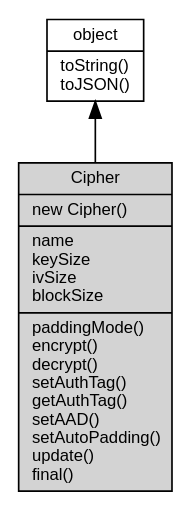
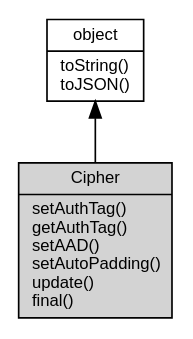
Before and after one commit to fibjs/fibjs.org: the diagram in docs/manual/object/ifs/Cipher.md, drawn with Graphviz. The commit also changed other lines of this file and 58 other files, not shown here.

````diff
--- a/docs/manual/object/ifs/Cipher.md
+++ b/docs/manual/object/ifs/Cipher.md
@@ -48,10 +5,10 @@
 ```dot
 digraph {
     node [fontname="Helvetica,sans-Serif", fontsize=10, shape="record", style="filled", fillcolor="white"];
 
     object [tooltip="object", URL="object.md", label="{object|toString()\ltoJSON()\l}"];
-    Cipher [tooltip="Cipher", fillcolor="lightgray", id="me", label="{Cipher|new Cipher()\l|name\lkeySize\livSize\lblockSize\l|paddingMode()\lencrypt()\ldecrypt()\lsetAuthTag()\lgetAuthTag()\lsetAAD()\lsetAutoPadding()\lupdate()\lfinal()\l}"];
+    Cipher [tooltip="Cipher", fillcolor="lightgray", id="me", label="{Cipher|setAuthTag()\lgetAuthTag()\lsetAAD()\lsetAutoPadding()\lupdate()\lfinal()\l}"];
 
     object -> Cipher [dir=back];
 }
 ```
````
